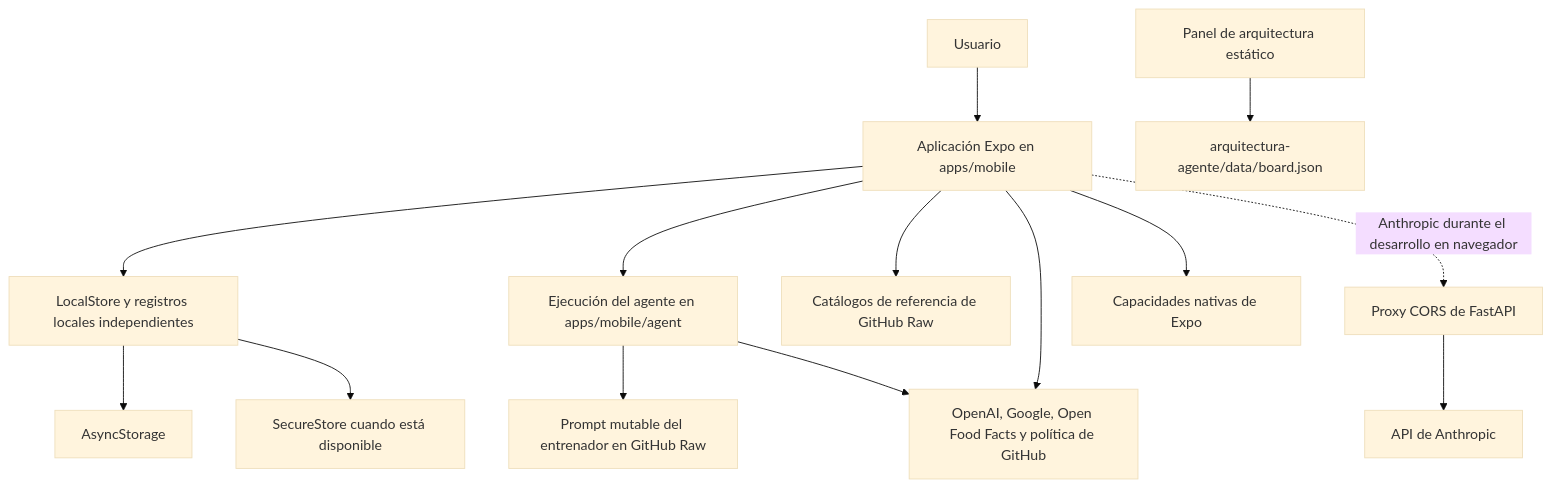
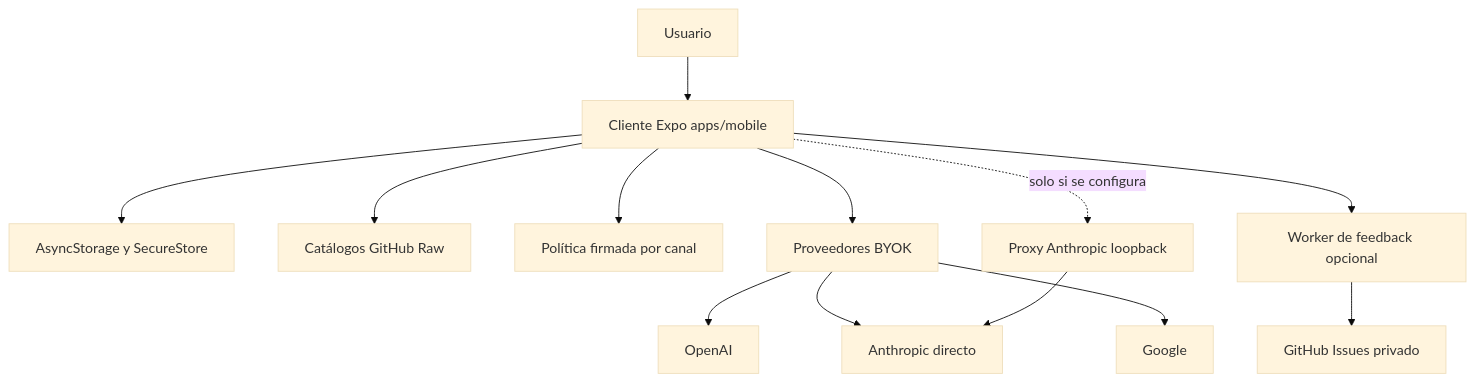
The diagram in openwiki/architecture/overview.md (maximofn/gymnasia), drawn with Mermaid (base theme) before and after one commit. The commit also changed other lines of this file and 27 other files, not shown here.

````diff
--- a/openwiki/architecture/overview.md
+++ b/openwiki/architecture/overview.md
@@ -16,16 +53,15 @@
 ```mermaid
 flowchart TD
-    User["Usuario"] --> Shell["Aplicación Expo en apps/mobile"]
-    Shell --> State["LocalStore y registros locales independientes"]
-    State --> AS["AsyncStorage"]
-    State --> SS["SecureStore cuando está disponible"]
-    Shell --> Agent["Ejecución del agente en apps/mobile/agent"]
-    Shell --> Catalogs["Catálogos de referencia de GitHub Raw"]
-    Agent --> Prompt["Prompt mutable del entrenador en GitHub Raw"]
-    Shell --> APIs["OpenAI, Google, Open Food Facts y política de GitHub"]
-    Agent --> APIs
-    Shell --> Native["Capacidades nativas de Expo"]
-    Shell -. "Anthropic durante el desarrollo en navegador" .-> Proxy["Proxy CORS de FastAPI"]
-    Proxy --> Anthropic["API de Anthropic"]
-    Board["Panel de arquitectura estático"] --> BoardData["arquitectura-agente/data/board.json"]
+    Person["Usuario"] --> Client["Cliente Expo apps/mobile"]
+    Client --> Local["AsyncStorage y SecureStore"]
+    Client --> Catalogs["Catálogos GitHub Raw"]
+    Client --> Policy["Política firmada por canal"]
+    Client --> Providers["Proveedores BYOK"]
+    Providers --> OpenAI["OpenAI"]
+    Providers --> Anthropic["Anthropic directo"]
+    Providers --> Google["Google"]
+    Client --> Feedback["Worker de feedback opcional"]
+    Feedback --> GitHub["GitHub Issues privado"]
+    Client -. "solo si se configura" .-> Proxy["Proxy Anthropic loopback"]
+    Proxy --> Anthropic
 ```
````
